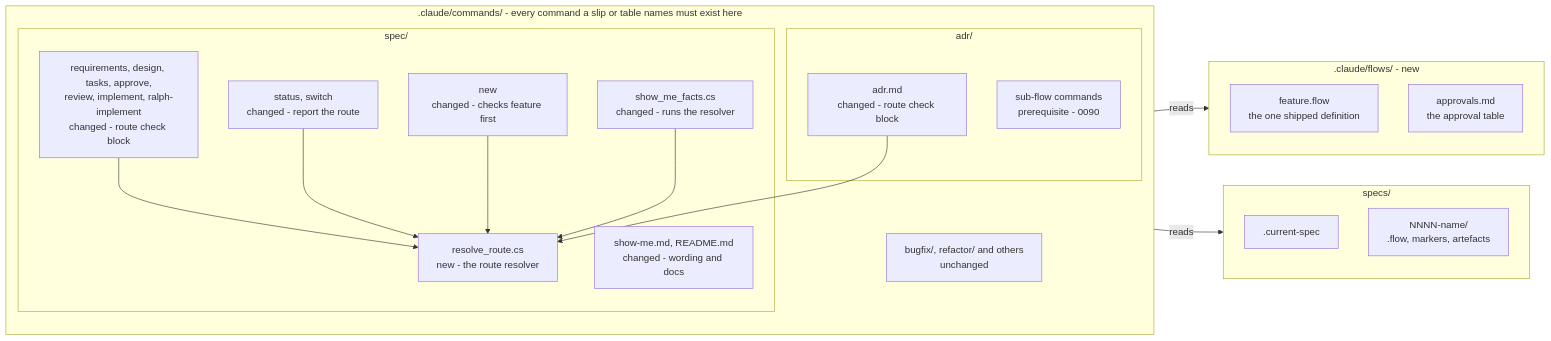
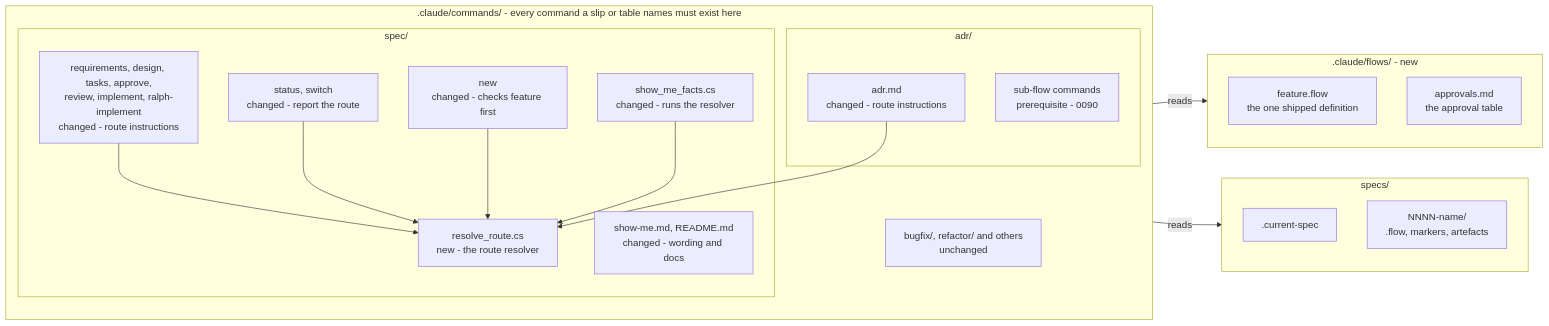
The second of 3 diagrams in docs/adr/0089-slips-resolver-and-routing.md (BrighterCommand/Brighter), drawn with Mermaid before and after one commit. The commit also changed other lines of this file, not shown here.

First line of the commit message:
docs: name the route instructions in ADR 0089

````diff
--- a/docs/adr/0089-slips-resolver-and-routing.md
+++ b/docs/adr/0089-slips-resolver-and-routing.md
@@ -226,34 +227,34 @@
 ```mermaid
 flowchart LR
     subgraph COMMANDS[".claude/commands/ - every command a slip or table names must exist here"]
         direction TB
         subgraph ADRCMD["adr/"]
-            ADR["adr.md<br/>changed - route check block"]
+            ADR["adr.md<br/>changed - route instructions"]
             SUB["sub-flow commands<br/>prerequisite - 0090"]
         end
         subgraph SPECCMD["spec/"]
-            CMDS["requirements, design, tasks, approve,<br/>review, implement, ralph-implement<br/>changed - route check block"]
+            CMDS["requirements, design, tasks, approve,<br/>review, implement, ralph-implement<br/>changed - route instructions"]
             REP["status, switch<br/>changed - report the route"]
             NEW["new<br/>changed - checks feature first"]
             SMF["show_me_facts.cs<br/>changed - runs the resolver"]
             DOCS["show-me.md, README.md<br/>changed - wording and docs"]
             RR["resolve_route.cs<br/>new - the route resolver"]
         end
         OTH["bugfix/, refactor/ and others<br/>unchanged"]
     end
     subgraph FLOWS[".claude/flows/ - new"]
         FD["feature.flow<br/>the one shipped definition"]
         AT["approvals.md<br/>the approval table"]
     end
     subgraph SPECS["specs/"]
         CUR[".current-spec"]
         DIR["NNNN-name/<br/>.flow, markers, artefacts"]
     end
     CMDS --> RR
     REP --> RR
     NEW --> RR
     SMF --> RR
     ADR --> RR
     RR -->|reads| FLOWS
     RR -->|reads| SPECS
 ```
````
